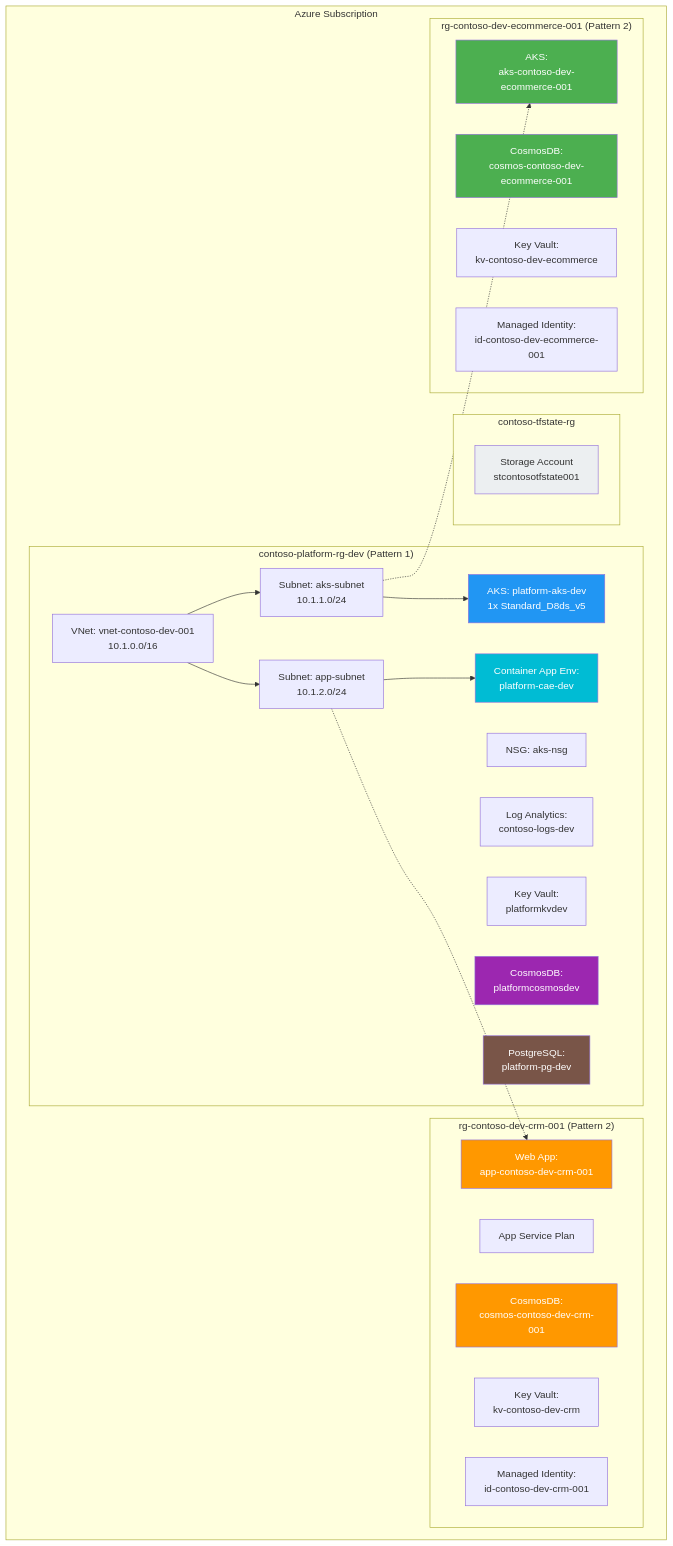
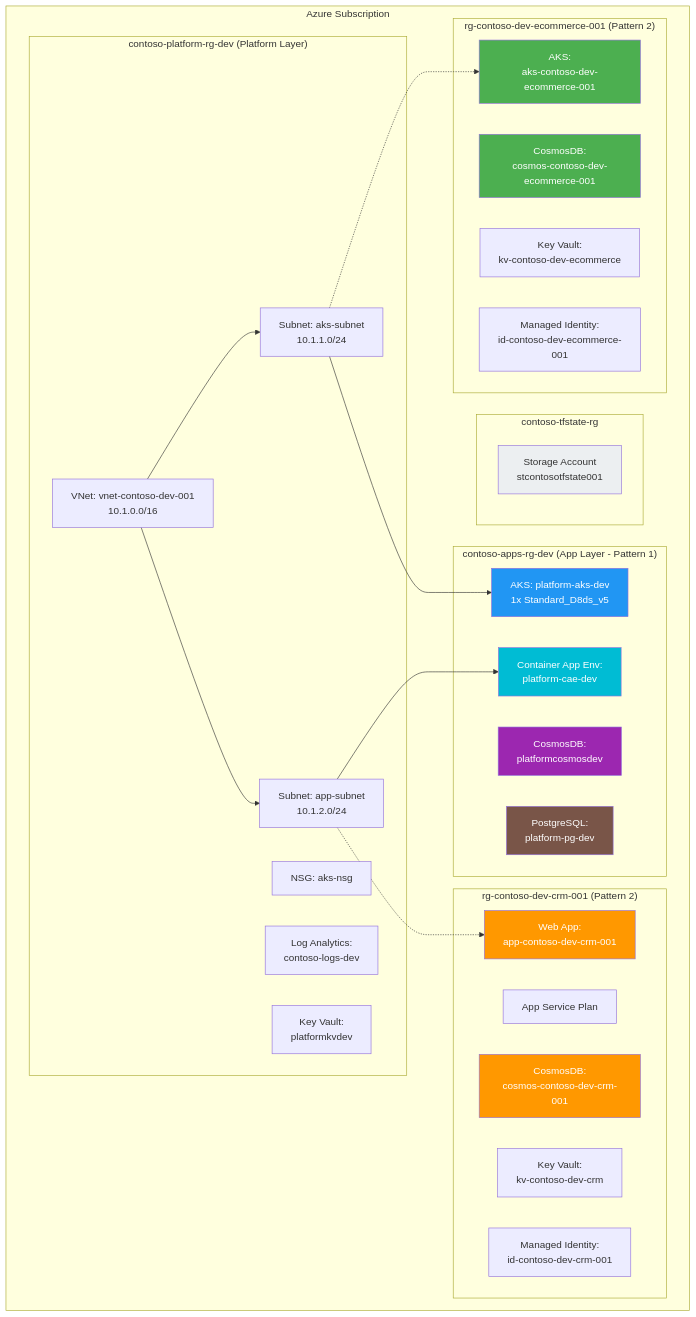
The ninth of 10 diagrams in docs/demo/06-DIAGRAMS.md (sandy-gunawan/demoterraform), drawn with Mermaid before and after one commit. The commit also changed other lines of this file and 42 other files, not shown here.

First line of the commit message:
feat: implement layered infrastructure (platform + apps separation)

````diff
--- a/docs/demo/06-DIAGRAMS.md
+++ b/docs/demo/06-DIAGRAMS.md
@@ -396,53 +416,56 @@
 ```mermaid
 graph TB
     subgraph "Azure Subscription"
         subgraph "contoso-tfstate-rg"
             SA[Storage Account<br/>stcontosotfstate001]
         end
 
-        subgraph "contoso-platform-rg-dev (Pattern 1)"
+        subgraph "contoso-platform-rg-dev (Platform Layer)"
             P1_VNET[VNet: vnet-contoso-dev-001<br/>10.1.0.0/16]
             P1_AKS_SUB[Subnet: aks-subnet<br/>10.1.1.0/24]
             P1_APP_SUB[Subnet: app-subnet<br/>10.1.2.0/24]
             P1_NSG[NSG: aks-nsg]
             P1_LOG[Log Analytics:<br/>contoso-logs-dev]
             P1_KV[Key Vault:<br/>platformkvdev]
+        end
+
+        subgraph "contoso-apps-rg-dev (App Layer - Pattern 1)"
             P1_AKS[AKS: platform-aks-dev<br/>1x Standard_D8ds_v5]
             P1_CDB[CosmosDB:<br/>platformcosmosdev]
             P1_CAE[Container App Env:<br/>platform-cae-dev]
             P1_PG[PostgreSQL:<br/>platform-pg-dev]
         end
 
         subgraph "rg-contoso-dev-crm-001 (Pattern 2)"
             CRM_ASP[App Service Plan]
             CRM_WEB[Web App:<br/>app-contoso-dev-crm-001]
             CRM_CDB[CosmosDB:<br/>cosmos-contoso-dev-crm-001]
             CRM_KV[Key Vault:<br/>kv-contoso-dev-crm]
             CRM_ID[Managed Identity:<br/>id-contoso-dev-crm-001]
         end
 
         subgraph "rg-contoso-dev-ecommerce-001 (Pattern 2)"
             ECM_AKS[AKS:<br/>aks-contoso-dev-ecommerce-001]
             ECM_CDB[CosmosDB:<br/>cosmos-contoso-dev-ecommerce-001]
             ECM_KV[Key Vault:<br/>kv-contoso-dev-ecommerce]
             ECM_ID[Managed Identity:<br/>id-contoso-dev-ecommerce-001]
         end
     end
 
     P1_VNET --> P1_AKS_SUB
     P1_VNET --> P1_APP_SUB
     P1_AKS_SUB --> P1_AKS
     P1_APP_SUB --> P1_CAE
     P1_AKS_SUB -.-> ECM_AKS
     P1_APP_SUB -.-> CRM_WEB
 
     style SA fill:#ECEFF1
     style P1_AKS fill:#2196F3,color:#fff
     style P1_CDB fill:#9C27B0,color:#fff
     style P1_CAE fill:#00BCD4,color:#fff
     style P1_PG fill:#795548,color:#fff
     style CRM_WEB fill:#FF9800,color:#fff
     style CRM_CDB fill:#FF9800,color:#fff
     style ECM_AKS fill:#4CAF50,color:#fff
     style ECM_CDB fill:#4CAF50,color:#fff
 ```
````
